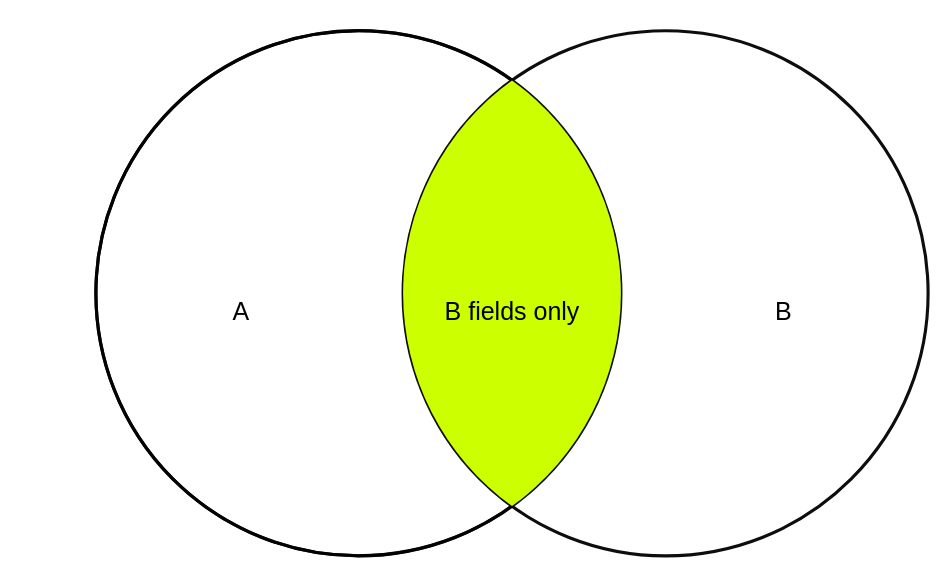
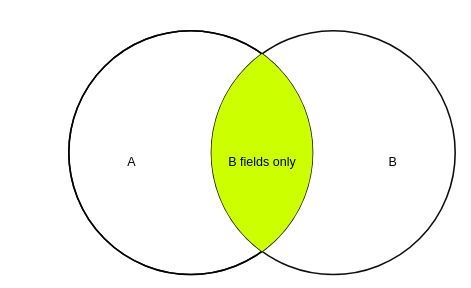
Before and after one commit to scyanth/plugin-join: the eighth of 8 diagrams in src/main/resources/doc/guides/join_types.md, drawn with Mermaid. The commit also changed other lines of this file, not shown here.

Commit message:
doc: fix sizes of mermaid venn diagrams in join types guide

````diff
--- a/src/main/resources/doc/guides/join_types.md
+++ b/src/main/resources/doc/guides/join_types.md
@@ -203,20 +252,27 @@
 ```mermaid
+---
+config:
+  venn:
+    width: 400
+    height: 225
+  themeCSS: ".venn-text-node { font-size: 40px; transform: translateY(-7.5px); } .venn-text-area:nth-child(1) .venn-text-node { transform: translate(-7px, -7.5px); } .venn-text-area:nth-child(2) .venn-text-node { transform: translate(7px, -7.5px); } .venn-text-area:nth-child(3) .venn-text-node { font-size: 20px; }"
+---
 venn-beta
     set A:10
     set B:10
         text labelB["B"]
     set A2:10
     union A,A2:10
         text labelA["A"]
     union A,B:3
     union A2,B:3
     union A,A2,B:3
         text rightSemiFields["B fields only"]
     style A fill:#ffffff,fill-opacity:1,stroke:#000000,color:transparent
     style B fill:#ffffff,fill-opacity:1,stroke:#000000,color:transparent
     style A2 fill:#ffffff,fill-opacity:0,stroke:#000000,color:transparent
     style A,A2,B fill:#ccff00
     style labelA color:#000000
     style labelB color:#000000
     style rightSemiFields color:#000000
 ```
````
